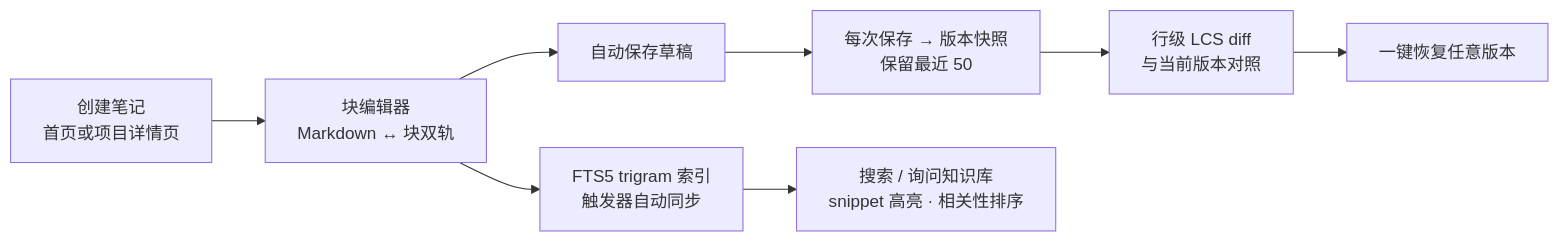
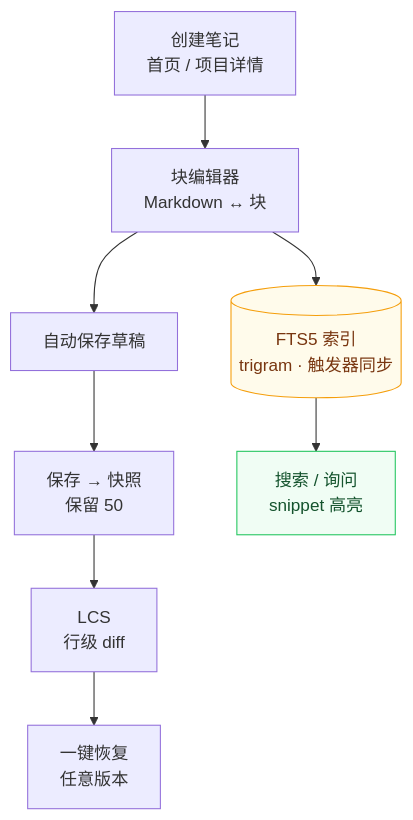
Before and after one commit to sky-jiangcheng/RepoNest: the diagram in docs/features/knowledge.md, drawn with Mermaid. The commit also changed 14 other files, not shown here.

First line of the commit message:
docs(diagrams): 全站 mermaid 图重构 — 告别'宽扁香肠'布局

````diff
--- a/docs/features/knowledge.md
+++ b/docs/features/knowledge.md
@@ -10,10 +10,14 @@
 ```mermaid
-flowchart LR
-    NEW["创建笔记<br/>首页或项目详情页"] --> ED["块编辑器<br/>Markdown ↔ 块双轨"]
+flowchart TB
+    NEW["创建笔记<br/>首页 / 项目详情"] --> ED["块编辑器<br/>Markdown ↔ 块"]
     ED --> AUTO["自动保存草稿"]
-    AUTO --> SNAP["每次保存 → 版本快照<br/>保留最近 50"]
-    SNAP --> DIFF["行级 LCS diff<br/>与当前版本对照"]
-    DIFF --> BACK["一键恢复任意版本"]
-    ED --> IDX["FTS5 trigram 索引<br/>触发器自动同步"]
-    IDX --> SEARCH["搜索 / 询问知识库<br/>snippet 高亮 · 相关性排序"]
+    AUTO --> SNAP["保存 → 快照<br/>保留 50"]
+    SNAP --> DIFF["LCS<br/>行级 diff"]
+    DIFF --> BACK["一键恢复<br/>任意版本"]
+    ED --> IDX[("FTS5 索引<br/>trigram · 触发器同步")]
+    IDX --> SEARCH["搜索 / 询问<br/>snippet 高亮"]
+        classDef store fill:#fffbeb,stroke:#f59e0b,color:#78350f
+        classDef read fill:#f0fdf4,stroke:#22c55e,color:#14532d
+    class IDX store
+    class SEARCH read
 ```
````
